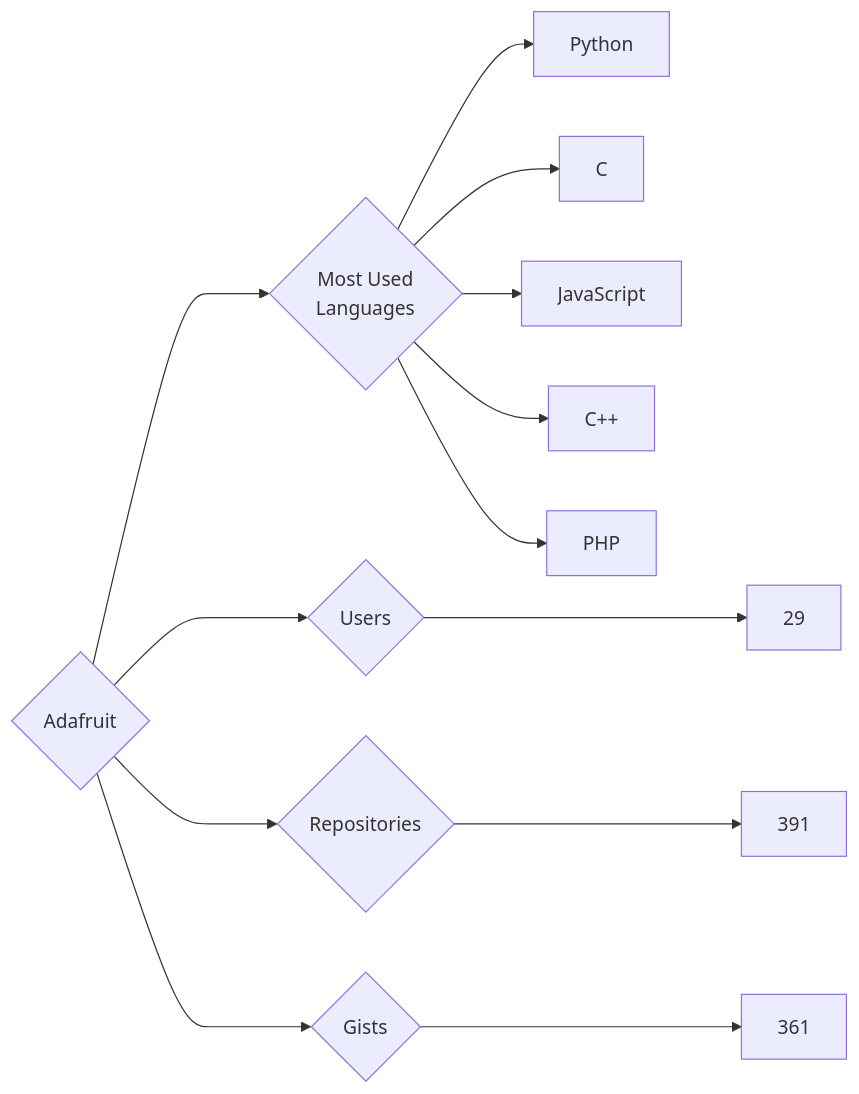
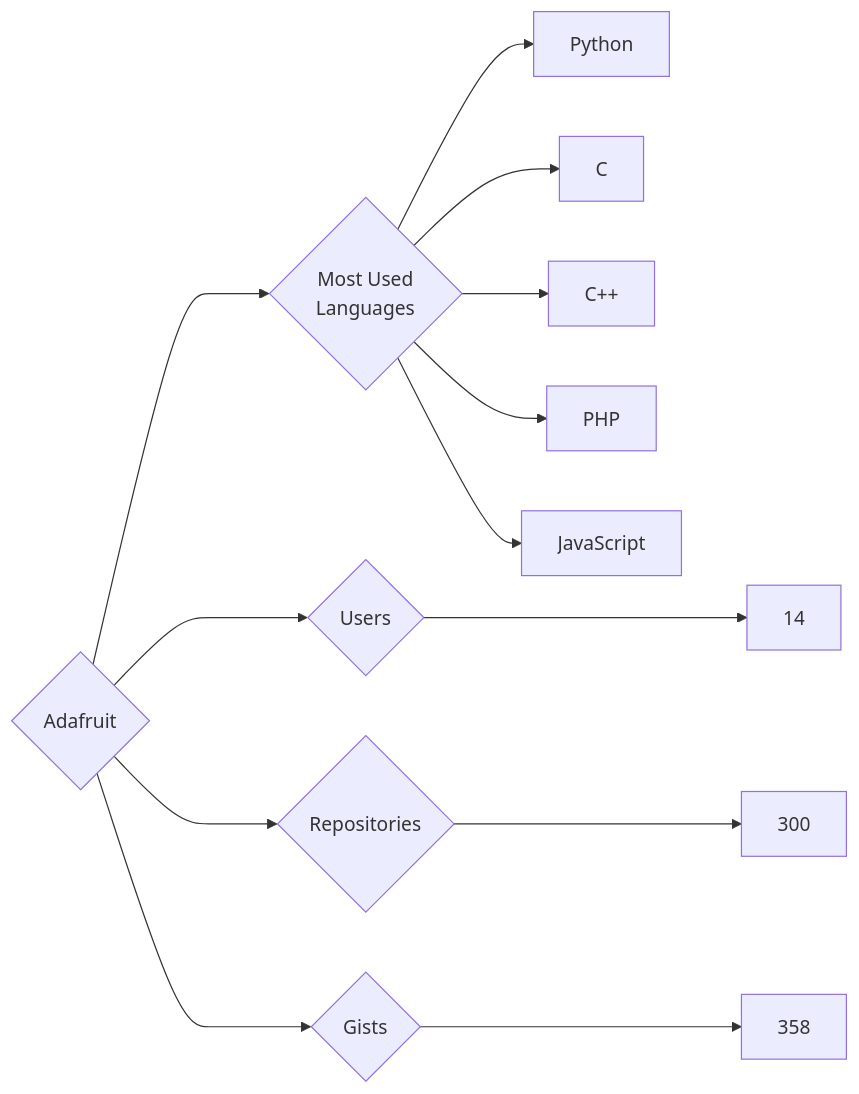
One commit to trickest/insiders changed the diagram in targets/Adafruit/README.md. Above: the diagram before and after it, drawn with Mermaid. The commit also changed 998 other files, not shown here.

````diff
--- a/targets/Adafruit/README.md
+++ b/targets/Adafruit/README.md
@@ -3,13 +3,13 @@
 ```mermaid
 graph LR
 COMPANY_NAME{Adafruit}
-COMPANY_NAME ---> U{Users} ---> UN[29]
-COMPANY_NAME ---> R{Repositories} ---> RN[391]
-COMPANY_NAME ---> G{Gists} ---> GN[361]
+COMPANY_NAME ---> U{Users} ---> UN[14]
+COMPANY_NAME ---> R{Repositories} ---> RN[300]
+COMPANY_NAME ---> G{Gists} ---> GN[358]
 COMPANY_NAME ---> ML{Most Used<br>Languages}
 ML --> Python[Python]
 ML --> C[C]
-ML --> JavaScript[JavaScript]
 ML --> C++[C++]
 ML --> PHP[PHP]
+ML --> JavaScript[JavaScript]
 ```
````
